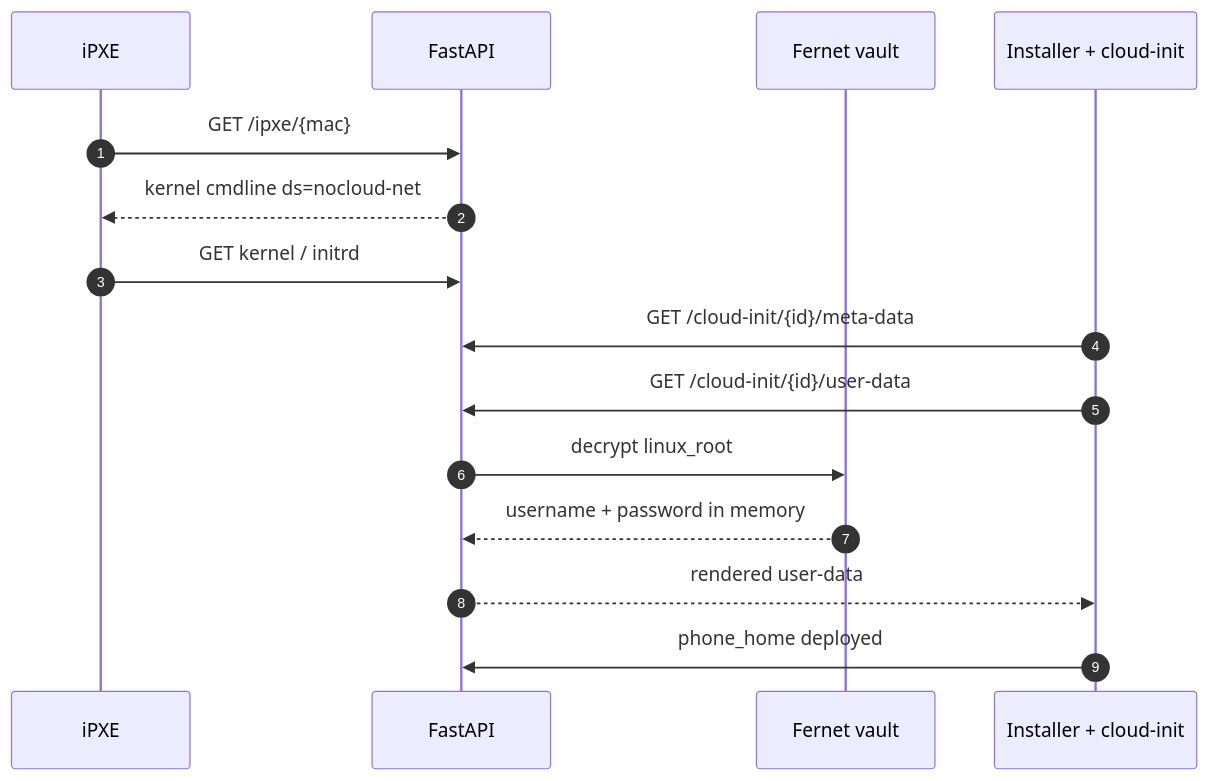
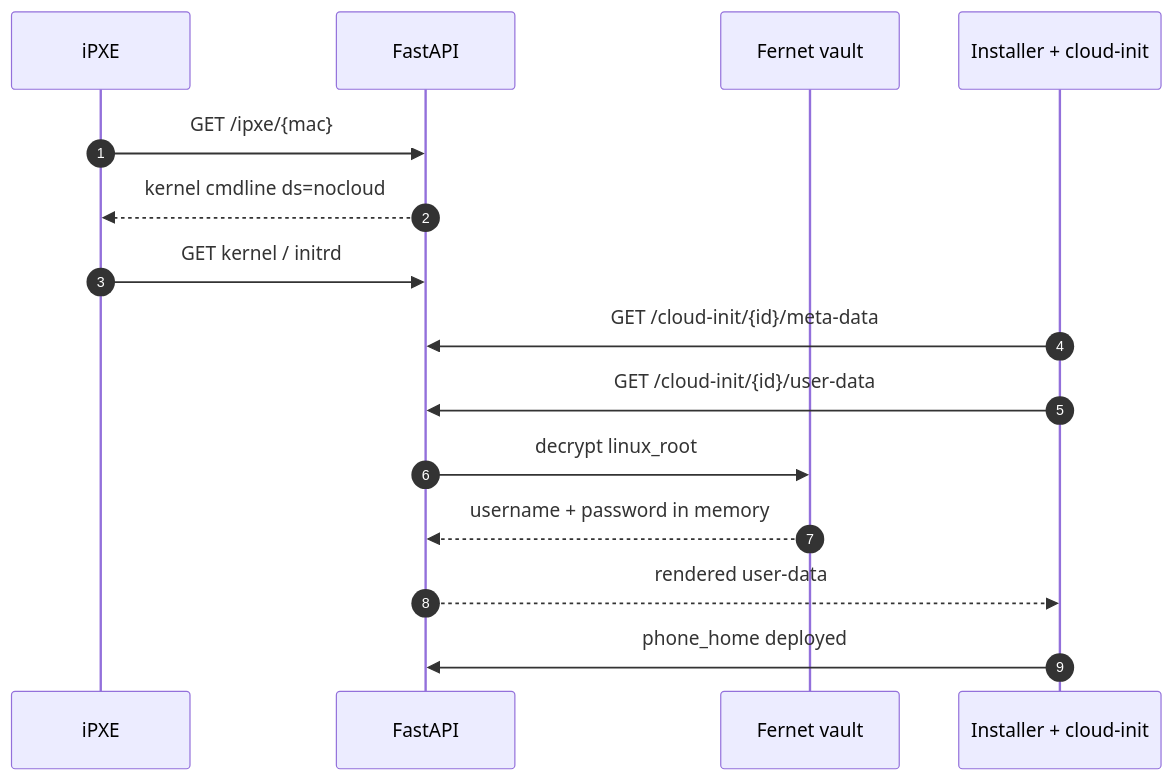
The seventh of 24 diagrams in ARCHITECTURE.md (hometinker12/home-lab-pxe), drawn with Mermaid before and after one commit. The commit also changed other lines of this file and 47 other files, not shown here.

````diff
--- a/ARCHITECTURE.md
+++ b/ARCHITECTURE.md
@@ -170,18 +170,18 @@
 ```mermaid
 sequenceDiagram
   autonumber
   participant IPXE as iPXE
   participant API as FastAPI
   participant Vault as Fernet vault
   participant OS as Installer + cloud-init
 
   IPXE->>API: GET /ipxe/{mac}
-  API-->>IPXE: kernel cmdline ds=nocloud-net
+  API-->>IPXE: kernel cmdline ds=nocloud
   IPXE->>API: GET kernel / initrd
   OS->>API: GET /cloud-init/{id}/meta-data
   OS->>API: GET /cloud-init/{id}/user-data
   API->>Vault: decrypt linux_root
   Vault-->>API: username + password in memory
   API-->>OS: rendered user-data
   OS->>API: phone_home deployed
 ```
````
